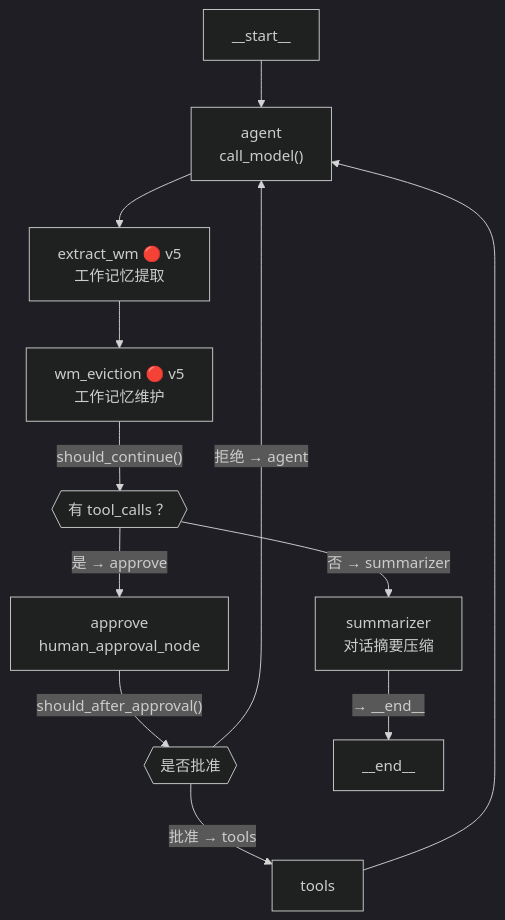
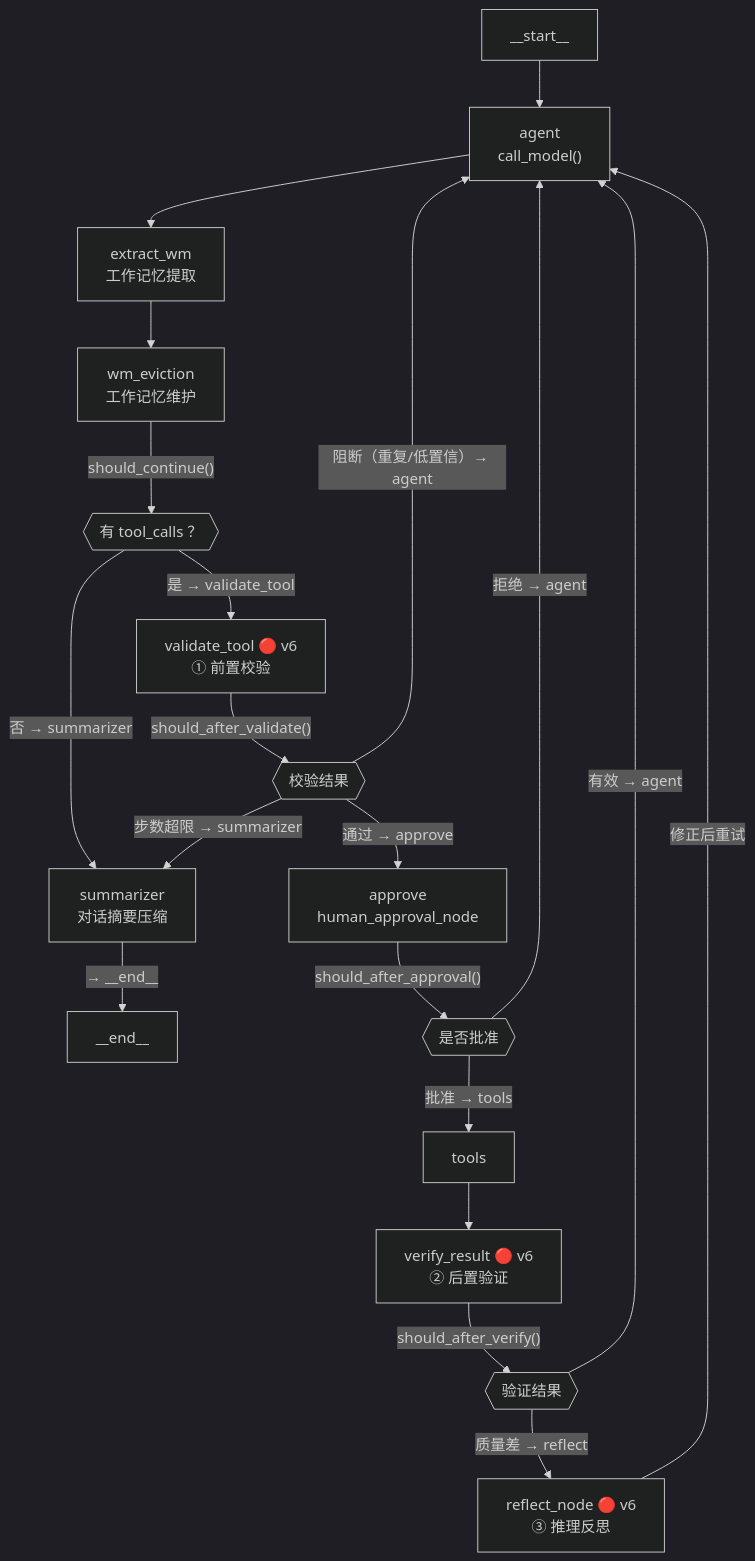
The first of 8 diagrams in docs/agent-architecture-diagrams.md (wuLa0702/llm_wiki_selfbuild), drawn with Mermaid (dark theme) before and after one commit. The commit also changed other lines of this file, not shown here.

First line of the commit message:
docs(agent): 更新架构图至 v6 — 标记 Self-Correction 三层自修正为已完成

````diff
--- a/docs/agent-architecture-diagrams.md
+++ b/docs/agent-architecture-diagrams.md
@@ -31,14 +31,25 @@
 ```mermaid
 flowchart TD
     START["__start__"] --> AGENT["agent<br/>call_model()"]
-    AGENT --> EXTRACT_WM["extract_wm 🔴 v5<br/>工作记忆提取"]
-    EXTRACT_WM --> WM_EVICT["wm_eviction 🔴 v5<br/>工作记忆维护"]
+    AGENT --> EXTRACT_WM["extract_wm<br/>工作记忆提取"]
+    EXTRACT_WM --> WM_EVICT["wm_eviction<br/>工作记忆维护"]
     WM_EVICT -->|"should_continue()"| COND{{"有 tool_calls ？"}}
-    COND -->|"是 → approve"| APPROVE["approve<br/>human_approval_node"]
+    COND -->|"是 → validate_tool"| VALIDATE["validate_tool 🔴 v6<br/>① 前置校验"]
     COND -->|"否 → summarizer"| SUMM["summarizer<br/>对话摘要压缩"]
-    APPROVE -->|"should_after_approval()"| COND2{{"是否批准"}}
-    COND2 -->|"批准 → tools"| TOOLS["tools"]
-    COND2 -->|"拒绝 → agent"| AGENT
-    TOOLS --> AGENT
     SUMM -->|"→ __end__"| END["__end__"]
+
+    VALIDATE -->|"should_after_validate()"| COND_V{{"校验结果"}}
+    COND_V -->|"通过 → approve"| APPROVE["approve<br/>human_approval_node"]
+    COND_V -->|"阻断（重复/低置信）→ agent"| AGENT
+    COND_V -->|"步数超限 → summarizer"| SUMM
+
+    APPROVE -->|"should_after_approval()"| COND_A{{"是否批准"}}
+    COND_A -->|"批准 → tools"| TOOLS["tools"]
+    COND_A -->|"拒绝 → agent"| AGENT
+
+    TOOLS --> VERIFY["verify_result 🔴 v6<br/>② 后置验证"]
+    VERIFY -->|"should_after_verify()"| COND_VF{{"验证结果"}}
+    COND_VF -->|"有效 → agent"| AGENT
+    COND_VF -->|"质量差 → reflect"| REFLECT["reflect_node 🔴 v6<br/>③ 推理反思"]
+    REFLECT -->|"修正后重试"| AGENT
 ```
````
